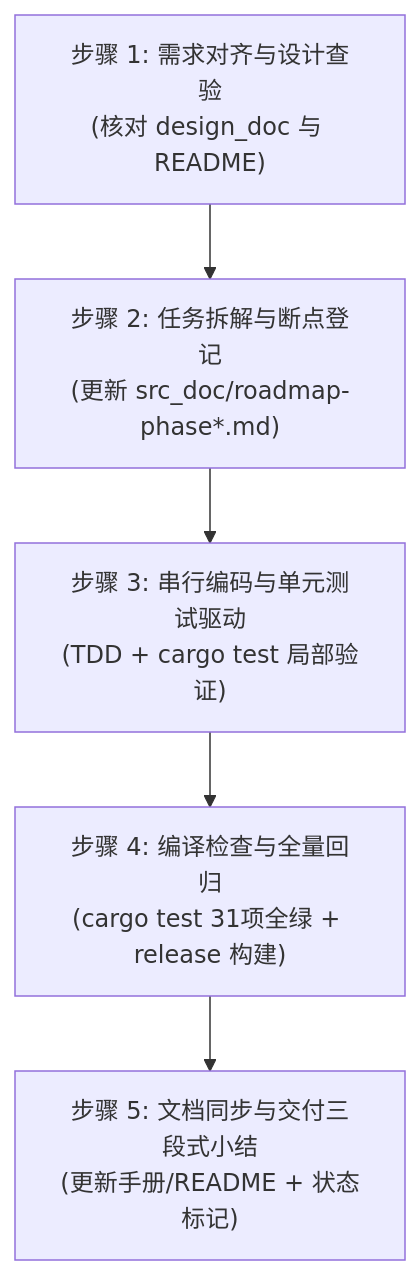
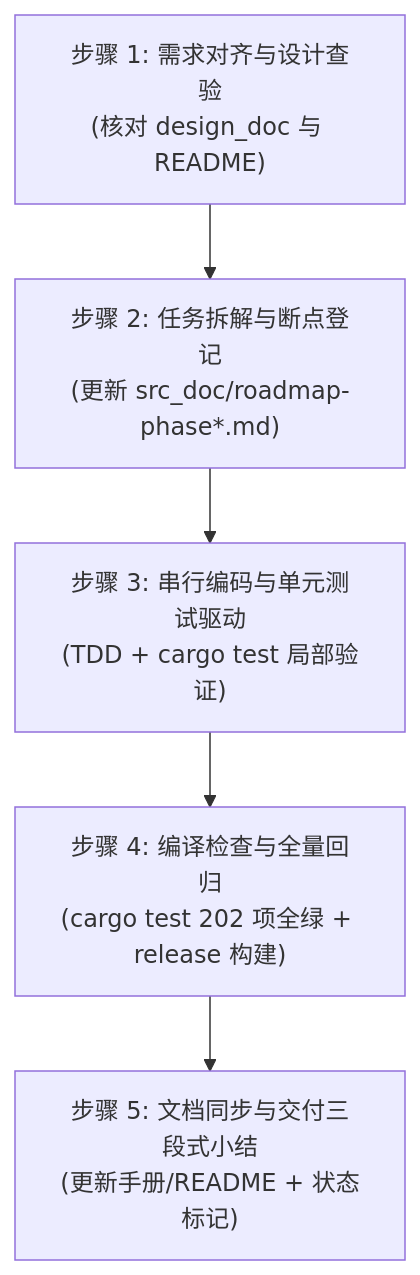
One commit to digoal/agent-body changed the diagram in skills/agent-steward-developer/SKILL.md. Above: the diagram before and after it, drawn with Mermaid. The commit also changed other lines of this file and 25 other files, not shown here.

````diff
--- a/skills/agent-steward-developer/SKILL.md
+++ b/skills/agent-steward-developer/SKILL.md
@@ -73,7 +73,7 @@
 ```mermaid
 flowchart TD
     A["步骤 1: 需求对齐与设计查验<br/>(核对 design_doc 与 README)"] --> B["步骤 2: 任务拆解与断点登记<br/>(更新 src_doc/roadmap-phase*.md)"]
     B --> C["步骤 3: 串行编码与单元测试驱动<br/>(TDD + cargo test 局部验证)"]
-    C --> D["步骤 4: 编译检查与全量回归<br/>(cargo test 31项全绿 + release 构建)"]
+    C --> D["步骤 4: 编译检查与全量回归<br/>(cargo test 202 项全绿 + release 构建)"]
     D --> E["步骤 5: 文档同步与交付三段式小结<br/>(更新手册/README + 状态标记)"]
 ```
````
